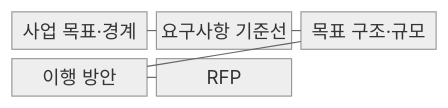
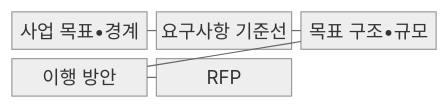
One commit to agnusdei1207/knowledge-base changed the first of 2 diagrams in src/content/docs/notes/07-law-policy/003_ismp_master_plan.md. Above: the diagram before and after it, drawn with Mermaid (neutral theme). The commit also changed other lines of this file and 953 other files, not shown here.

````diff
--- a/src/content/docs/notes/07-law-policy/003_ismp_master_plan.md
+++ b/src/content/docs/notes/07-law-policy/003_ismp_master_plan.md
@@ -70,13 +70,13 @@
 ```mermaid
 block-beta
     columns 3
-    A["사업 목표·경계"]
+    A["사업 목표•경계"]
     B["요구사항 기준선"]
-    C["목표 구조·규모"]
+    C["목표 구조•규모"]
     D["이행 방안"]
     E["RFP"]
     A --- B
     B --- C
     C --- D
     D --- E
 ```
````
